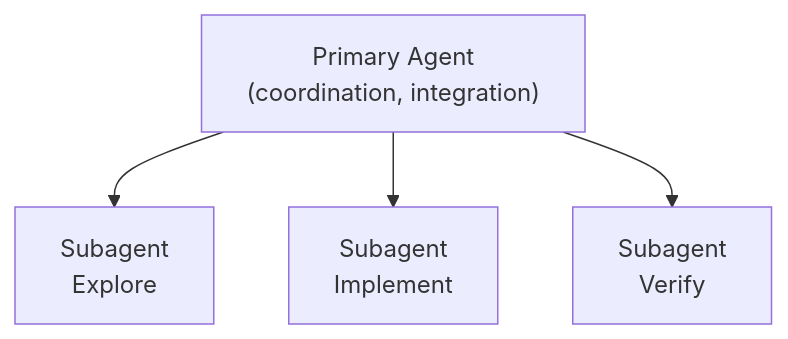
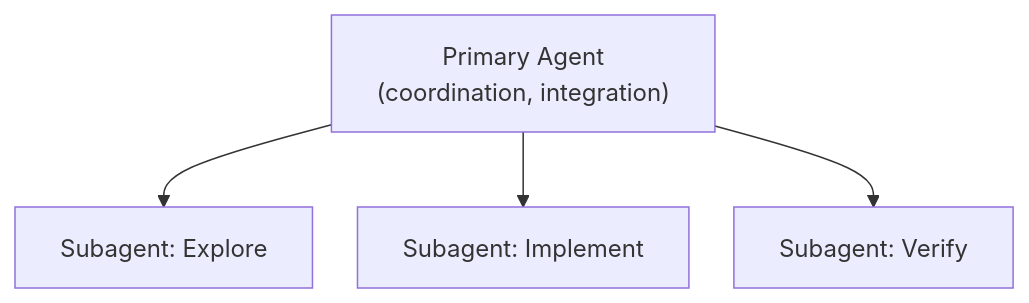
The first of 4 diagrams in docs/papers/agentic-tools/tool-analysis.md (DavideDaniel/research), drawn with Mermaid before and after one commit. The commit also changed other lines of this file, not shown here.

First line of the commit message:
Fix Mermaid diagram text cutoff issues

````diff
--- a/docs/papers/agentic-tools/tool-analysis.md
+++ b/docs/papers/agentic-tools/tool-analysis.md
@@ -68,7 +68,9 @@
 ```mermaid
+%%{init: {'flowchart': {'nodeSpacing': 30, 'rankSpacing': 50}}}%%
 flowchart TD
-    A["Primary Agent<br/>(coordination, integration)"]
-    A --> B["Subagent<br/>Explore"]
-    A --> C["Subagent<br/>Implement"]
-    A --> D["Subagent<br/>Verify"]
+    A["Primary Agent
+    (coordination, integration)"]
+    A --> B["Subagent: Explore"]
+    A --> C["Subagent: Implement"]
+    A --> D["Subagent: Verify"]
 ```
````
